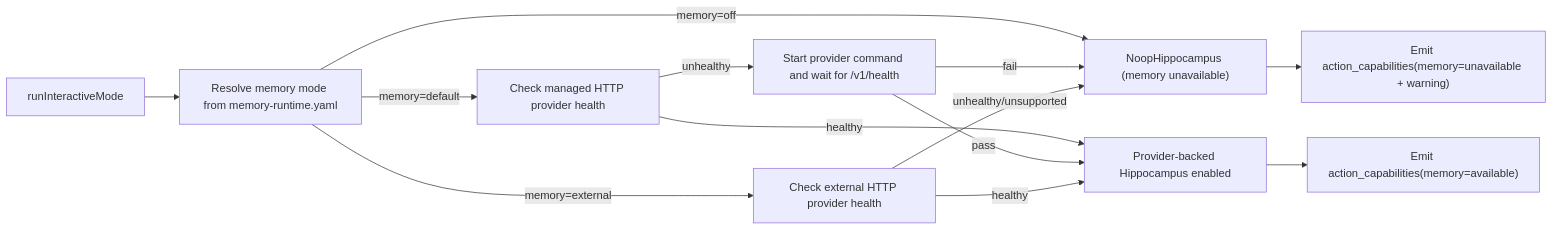
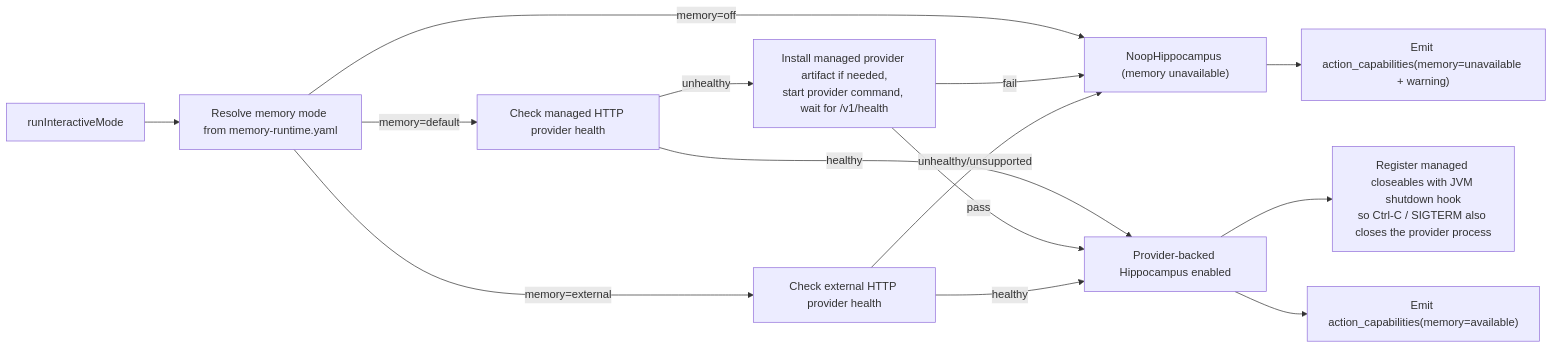
The fourth of 7 diagrams in AGENT_LOGIC_DIAGRAM.md (neopsyke/NeoPsyke), drawn with Mermaid before and after one commit. The commit also changed 12 other files, not shown here.

````diff
--- a/AGENT_LOGIC_DIAGRAM.md
+++ b/AGENT_LOGIC_DIAGRAM.md
@@ -244,15 +244,16 @@
 ```mermaid
 flowchart LR
     A["runInteractiveMode"] --> B["Resolve memory mode from memory-runtime.yaml"]
     B -->|memory=off| C["NoopHippocampus (memory unavailable)"]
     B -->|memory=default| D["Check managed HTTP provider health"]
     D -->|healthy| E["Provider-backed Hippocampus enabled"]
-    D -->|unhealthy| F["Start provider command and wait for /v1/health"]
+    D -->|unhealthy| F["Install managed provider artifact if needed,\nstart provider command, wait for /v1/health"]
     F -->|pass| E
     F -->|fail| C
     B -->|memory=external| X["Check external HTTP provider health"]
     X -->|healthy| E
     X -->|unhealthy/unsupported| C
+    E --> Z["Register managed closeables with JVM shutdown hook\nso Ctrl-C / SIGTERM also closes the provider process"]
     E --> H["Emit action_capabilities(memory=available)"]
     C --> G["Emit action_capabilities(memory=unavailable + warning)"]
 ```
````
